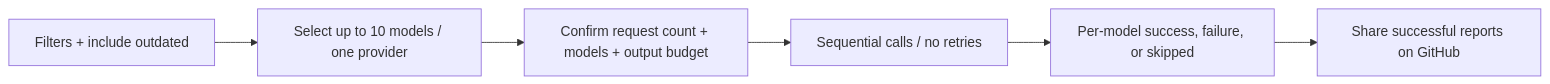
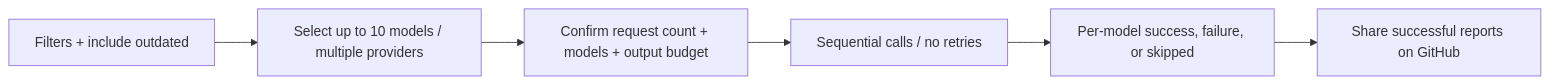
Diagram 11 of 12 in docs/design.md (staff-000/byokit), drawn with Mermaid before and after one commit. The commit also changed other lines of this file and 8 other files, not shown here.

````diff
--- a/docs/design.md
+++ b/docs/design.md
@@ -421,8 +421,8 @@
 ```mermaid
 flowchart LR
-  Filters[Filters + include outdated] --> Select[Select up to 10 models / one provider]
+  Filters[Filters + include outdated] --> Select[Select up to 10 models / multiple providers]
   Select --> Confirm[Confirm request count + models + output budget]
   Confirm --> Queue[Sequential calls / no retries]
   Queue --> Results[Per-model success, failure, or skipped]
   Results --> Share[Share successful reports on GitHub]
 ```
````
